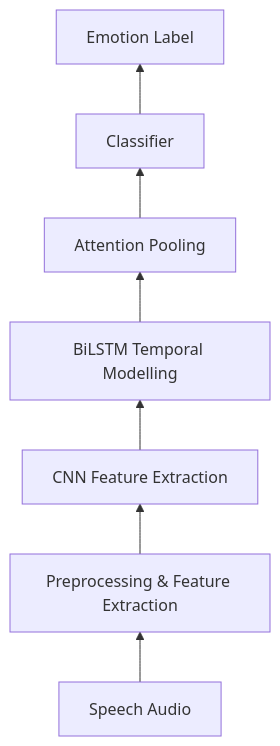
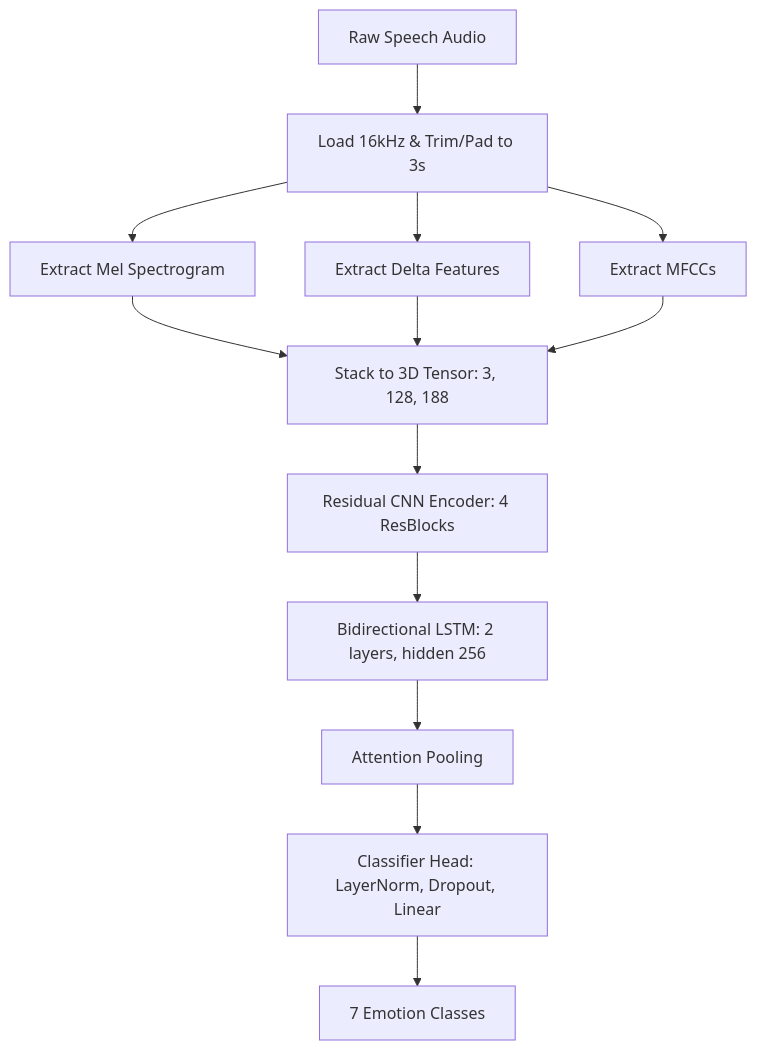
One commit to savioshaju/Multimodal-Emotion-Recognition changed the first of 4 diagrams in README.md. Above: the diagram before and after it, drawn with Mermaid. The commit also changed other lines of this file, not shown here.

````diff
--- a/README.md
+++ b/README.md
@@ -361,9 +368,15 @@
 ```mermaid
-flowchart BT
-    A[Speech Audio] --> B[Preprocessing & Feature Extraction]
-    B --> C[CNN Feature Extraction]
-    C --> D[BiLSTM Temporal Modelling]
-    D --> E[Attention Pooling]
-    E --> F[Classifier]
-    F --> G[Emotion Label]
+graph TD
+    A[Raw Speech Audio] --> B["Load 16kHz & Trim/Pad to 3s"]
+    B --> C[Extract Mel Spectrogram]
+    B --> D[Extract Delta Features]
+    B --> E[Extract MFCCs]
+    C --> F["Stack to 3D Tensor: 3, 128, 188"]
+    D --> F
+    E --> F
+    F --> G[Residual CNN Encoder: 4 ResBlocks]
+    G --> H[Bidirectional LSTM: 2 layers, hidden 256]
+    H --> I[Attention Pooling]
+    I --> J["Classifier Head: LayerNorm, Dropout, Linear"]
+    J --> K[7 Emotion Classes]
 ```
````
